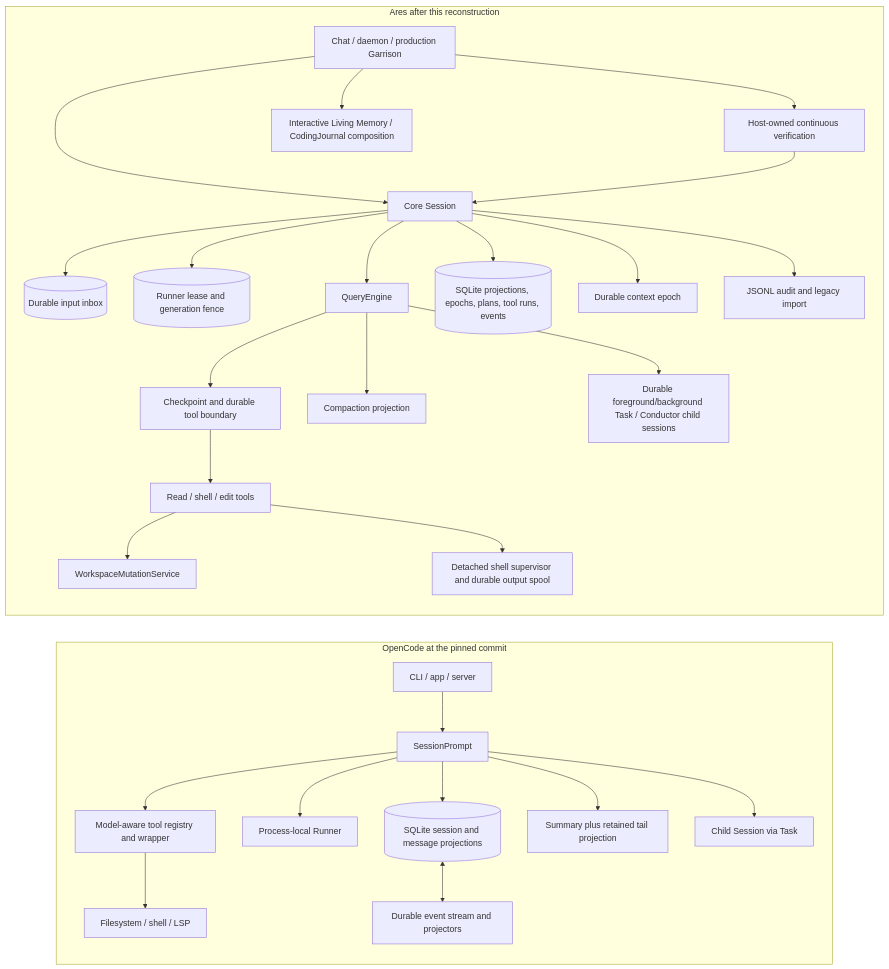
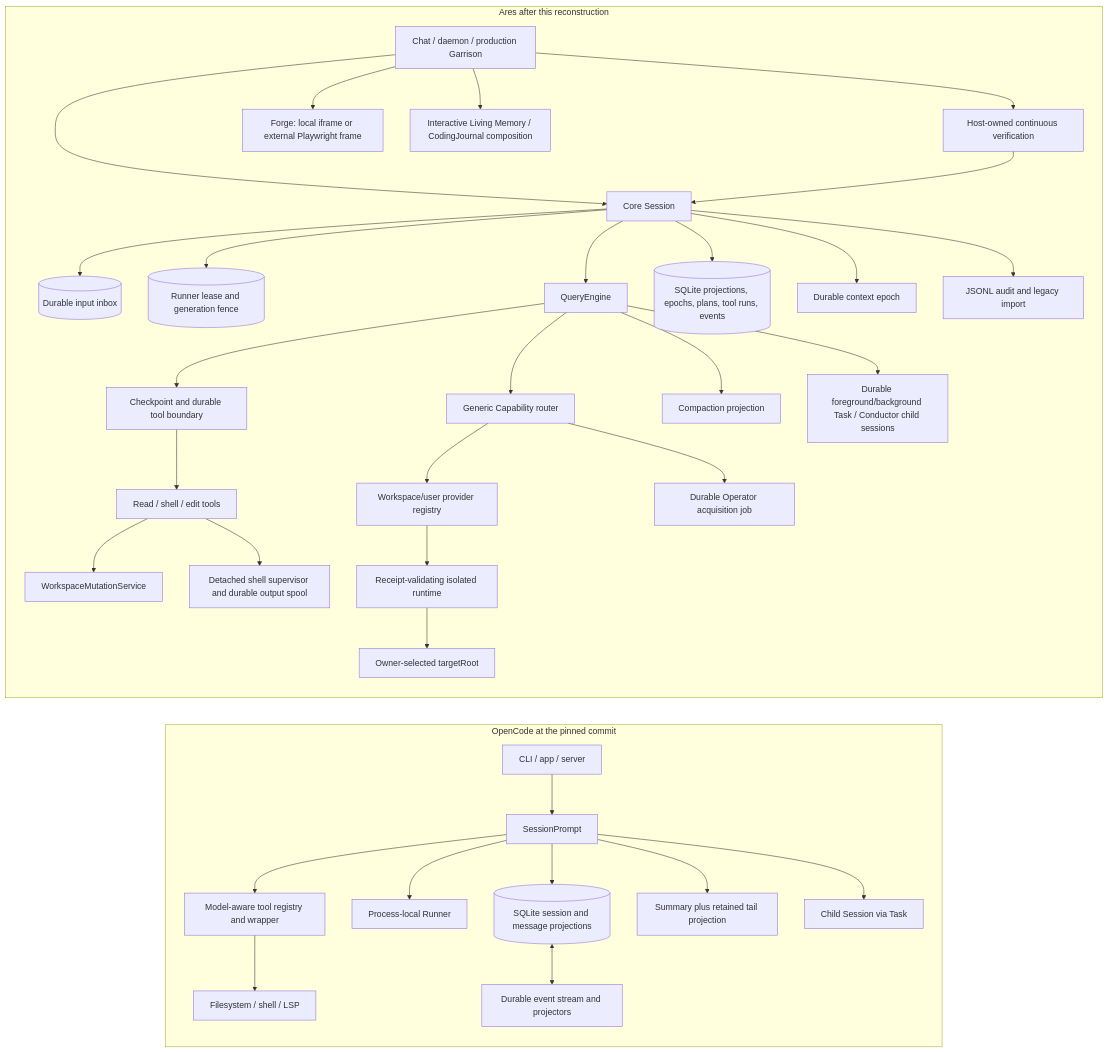
The diagram in docs/CODING-HARNESS-ARCHITECTURE.md (BNHR-dev/Ares), drawn with Mermaid before and after one commit. The commit also changed other lines of this file and 74 other files, not shown here.

````diff
--- a/docs/CODING-HARNESS-ARCHITECTURE.md
+++ b/docs/CODING-HARNESS-ARCHITECTURE.md
@@ -33,32 +37,38 @@
 ```mermaid
 flowchart LR
   subgraph OC["OpenCode at the pinned commit"]
     OCUI["CLI / app / server"] --> OCP["SessionPrompt"]
     OCP --> OCDB[("SQLite session and message projections")]
     OCP --> OCR["Process-local Runner"]
     OCP --> OCT["Model-aware tool registry and wrapper"]
     OCT --> OCF["Filesystem / shell / LSP"]
     OCP --> OCC["Summary plus retained tail projection"]
     OCP --> OCS["Child Session via Task"]
     OCDB <--> OCE["Durable event stream and projectors"]
   end
 
   subgraph AR["Ares after this reconstruction"]
     ARUI["Chat / daemon / production Garrison"] --> ARS["Core Session"]
     ARS --> ARI[("Durable input inbox")]
     ARS --> ARL[("Runner lease and generation fence")]
     ARS --> ARE["QueryEngine"]
     ARS --> ARDB[("SQLite projections, epochs, plans, tool runs, events")]
     ARE --> ARB["Checkpoint and durable tool boundary"]
     ARB --> ART["Read / shell / edit tools"]
     ART --> ARM["WorkspaceMutationService"]
     ART --> ARBG["Detached shell supervisor and durable output spool"]
+    ARE --> ARCAP["Generic Capability router"]
+    ARCAP --> ARREG["Workspace/user provider registry"]
+    ARREG --> ARRUN["Receipt-validating isolated runtime"]
+    ARRUN --> ARTARGET["Owner-selected targetRoot"]
+    ARCAP --> ARACQ["Durable Operator acquisition job"]
     ARUI --> ARV["Host-owned continuous verification"]
     ARV --> ARS
+    ARUI --> ARPRE["Forge: local iframe or external Playwright frame"]
     ARE --> ARC["Compaction projection"]
     ARS --> AREP["Durable context epoch"]
     ARE --> ARD["Durable foreground/background Task / Conductor child sessions"]
     ARS --> ARJ["JSONL audit and legacy import"]
     ARUI --> ARMM["Interactive Living Memory / CodingJournal composition"]
   end
 ```
````
